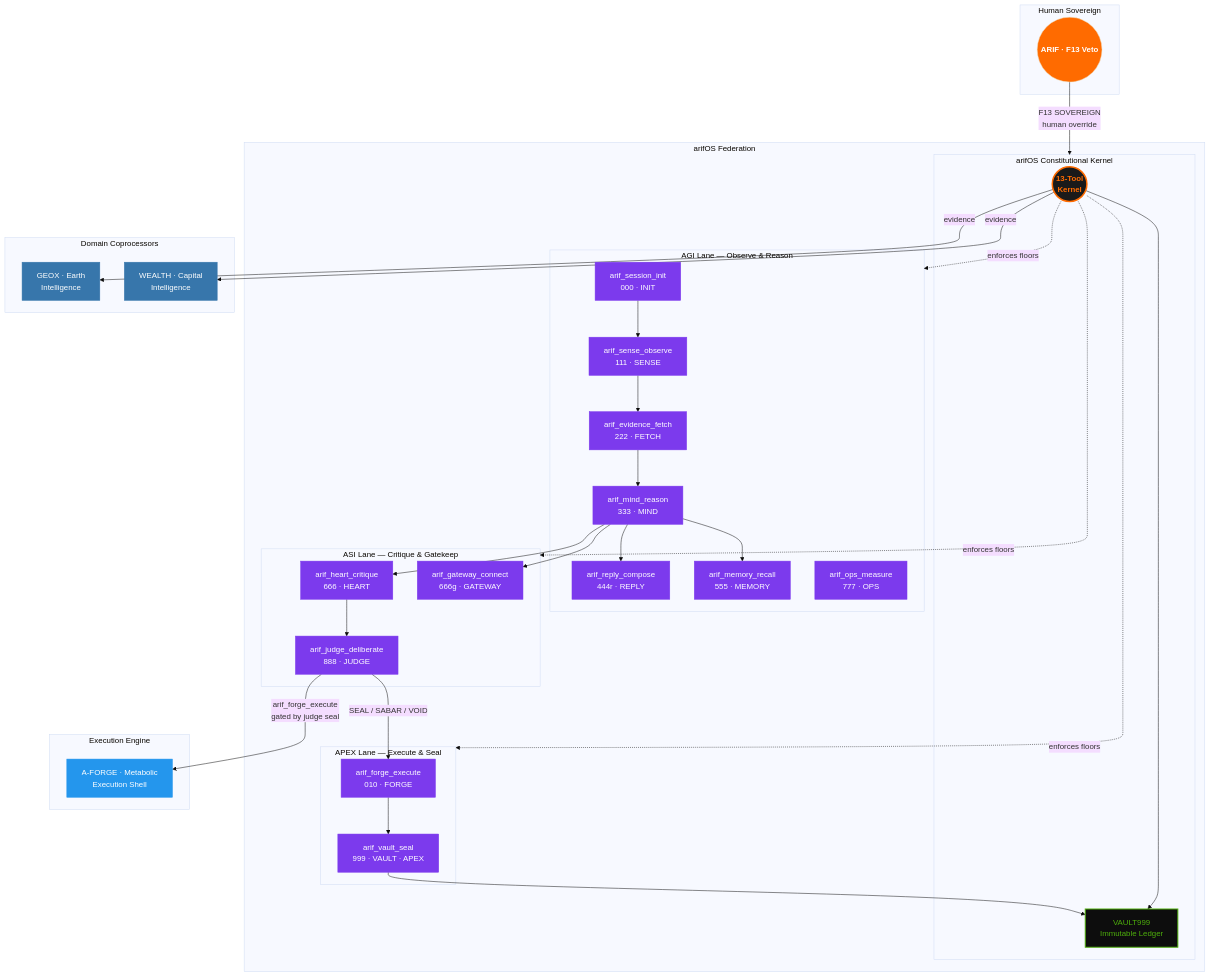
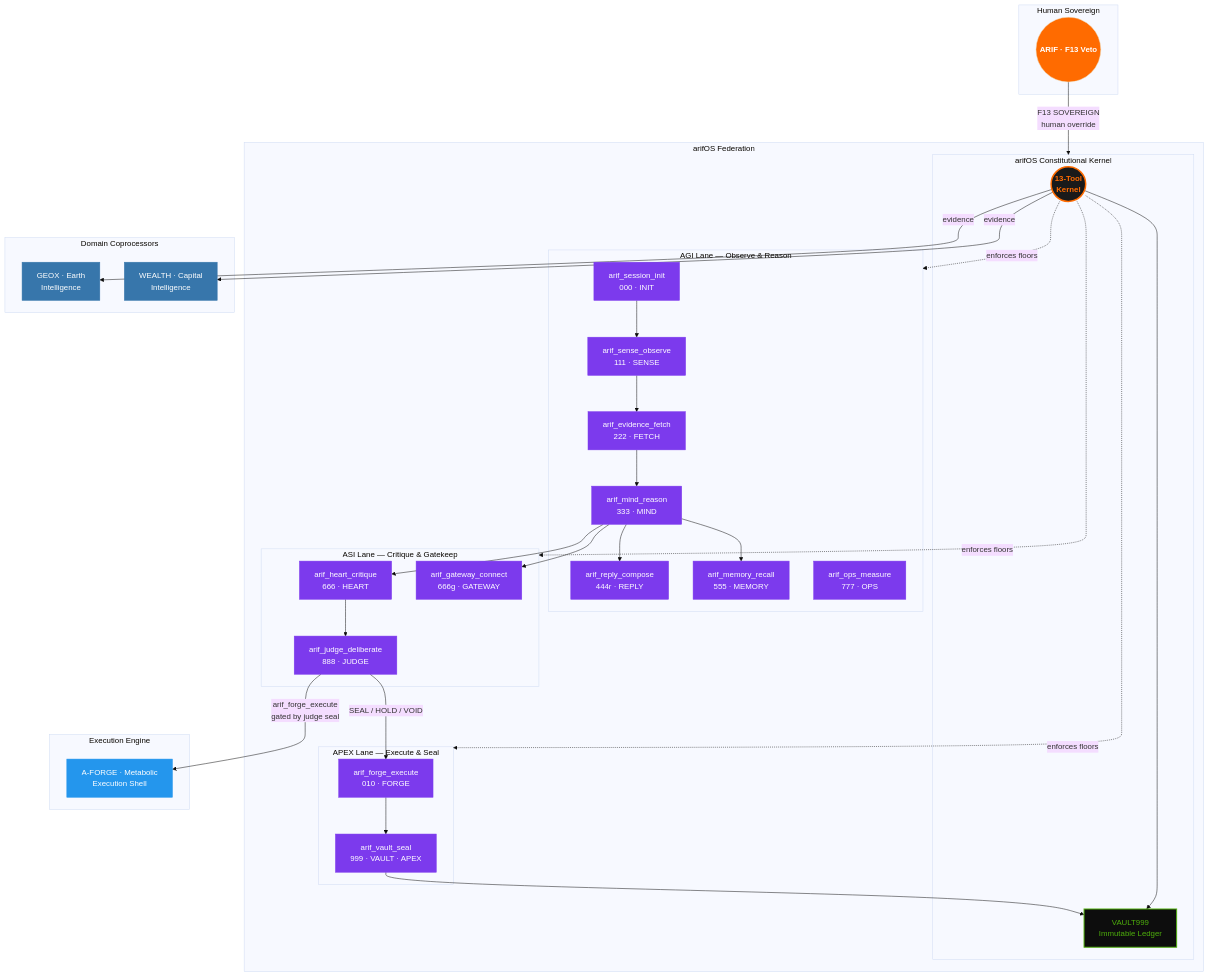
The first of 2 diagrams in README.md (ariffazil/arifos), drawn with Mermaid (base theme) before and after one commit. The commit also changed other lines of this file, not shown here.

Commit message:
docs: README plain-mode rewrite — human airlock, current status, agent contract, HOLD/SEAL/VOID consistency

````diff
--- a/README.md
+++ b/README.md
@@ -124,66 +259,66 @@
 ```mermaid
 flowchart TB
     subgraph FEDERATION["arifOS Federation"]
         subgraph KERNEL["arifOS Constitutional Kernel"]
             K(("13-Tool<br/>Kernel")):::kernel
             V["VAULT999<br/>Immutable Ledger"]:::vault
             K --> V
         end
 
         subgraph AGI_LANE["AGI Lane — Observe & Reason"]
             S["arif_session_init<br/>000 · INIT"]:::tool
             O["arif_sense_observe<br/>111 · SENSE"]:::tool
             E["arif_evidence_fetch<br/>222 · FETCH"]:::tool
             R["arif_mind_reason<br/>333 · MIND"]:::tool
             RT["arif_reply_compose<br/>444r · REPLY"]:::tool
             M["arif_memory_recall<br/>555 · MEMORY"]:::tool
             OP["arif_ops_measure<br/>777 · OPS"]:::tool
         end
 
         subgraph ASI_LANE["ASI Lane — Critique & Gatekeep"]
             H["arif_heart_critique<br/>666 · HEART"]:::tool
             G["arif_gateway_connect<br/>666g · GATEWAY"]:::tool
             J["arif_judge_deliberate<br/>888 · JUDGE"]:::tool
         end
 
         subgraph APEX_LANE["APEX Lane — Execute & Seal"]
             F["arif_forge_execute<br/>010 · FORGE"]:::tool
             KS["arif_vault_seal<br/>999 · VAULT · APEX"]:::tool
         end
 
         S --> O --> E --> R
         R --> RT
         R --> M
         R --> H --> J
         R --> G
-        J -->|"SEAL / SABAR / VOID"| F
+        J -->|"SEAL / HOLD / VOID"| F
         F --> KS --> V
         K -.->|enforces floors| AGI_LANE
         K -.->|enforces floors| ASI_LANE
         K -.->|enforces floors| APEX_LANE
     end
 
     subgraph HUMAN["Human Sovereign"]
         A(("ARIF · F13 Veto")):::human
         A -->|"F13 SOVEREIGN<br/>human override"| KERNEL
     end
 
     subgraph COP["Domain Coprocessors"]
         GX["GEOX · Earth<br/>Intelligence"]:::coproc
         WL["WEALTH · Capital<br/>Intelligence"]:::coproc
         K -->|evidence| GX
         K -->|evidence| WL
     end
 
     subgraph EXEC["Execution Engine"]
         AF["A-FORGE · Metabolic<br/>Execution Shell"]:::forge
         J -->|"arif_forge_execute<br/>gated by judge seal"| AF
     end
 
     classDef human fill:#FF6B00,color:#fff,font-weight:bold,shape:circle
     classDef kernel fill:#1a1a1a,color:#FF6B00,stroke:#FF6B00,stroke-width:3px,font-weight:bold
     classDef vault fill:#0d0d0d,color:#4EAF0C,stroke:#4EAF0C,stroke-width:2px
     classDef tool fill:#7C3AED,color:#fff,stroke:#7C3AED,stroke-width:1px
     classDef forge fill:#2496ED,color:#fff,stroke:#2496ED,stroke-width:1px
     classDef coproc fill:#3776AB,color:#fff,stroke:#3776AB,stroke-width:1px
 ```
````
